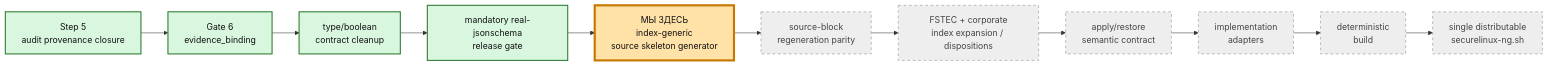
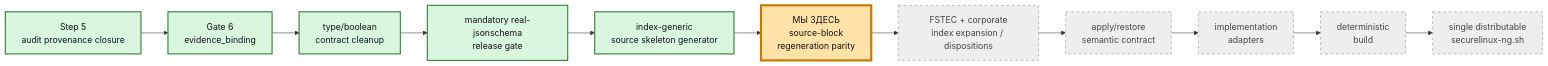
One commit to rasav65/SecureLinux-Policy changed the fifth of 5 diagrams in docs/PROJECT-MAP-v3.md. Above: the diagram before and after it, drawn with Mermaid. The commit also changed other lines of this file and 17 other files, not shown here.

Commit message:
feat: add index-generic source skeleton generator

````diff
--- a/docs/PROJECT-MAP-v3.md
+++ b/docs/PROJECT-MAP-v3.md
@@ -252,20 +253,20 @@
 ```mermaid
 flowchart LR
     S1["Step 5<br/>audit provenance closure"]:::closed
     S2["Gate 6<br/>evidence_binding"]:::closed
     S3["type/boolean<br/>contract cleanup"]:::closed
     S4["mandatory real-jsonschema<br/>release gate"]:::closed
-    S5["МЫ ЗДЕСЬ<br/>index-generic<br/>source skeleton generator"]:::current
-    S6["source-block<br/>regeneration parity"]:::future
+    S5["index-generic<br/>source skeleton generator"]:::closed
+    S6["МЫ ЗДЕСЬ<br/>source-block<br/>regeneration parity"]:::current
     S7["FSTEC + corporate<br/>index expansion / dispositions"]:::future
     S8["apply/restore<br/>semantic contract"]:::future
     S9["implementation<br/>adapters"]:::future
     S10["deterministic<br/>build"]:::future
     S11["single distributable<br/>securelinux-ng.sh"]:::future
 
     S1 --> S2 --> S3 --> S4 --> S5 --> S6 --> S7 --> S8 --> S9 --> S10 --> S11
 
     classDef closed fill:#d9f7df,stroke:#2f7d32,color:#111,stroke-width:2px;
     classDef current fill:#ffe2a8,stroke:#c77800,color:#111,stroke-width:4px;
     classDef future fill:#eeeeee,stroke:#888,color:#444,stroke-dasharray: 5 5;
 ```
````
